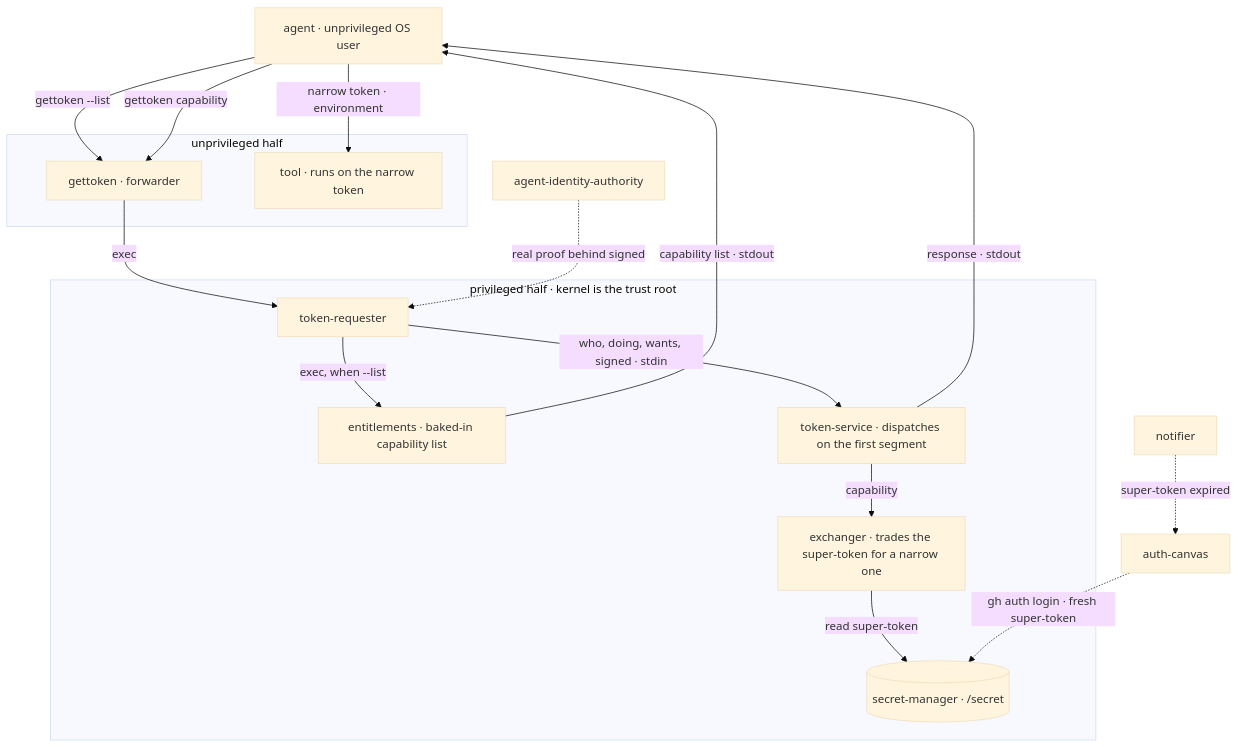
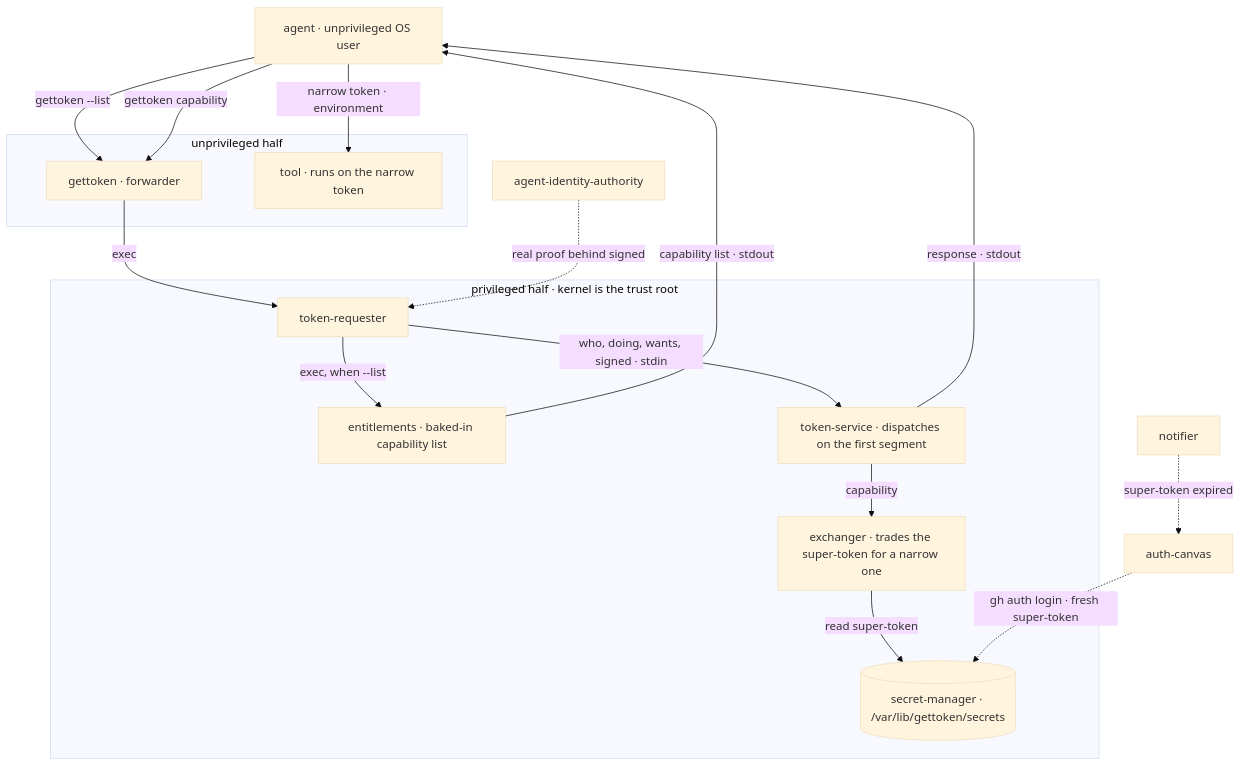
The first of 2 diagrams in README.md (thruput-io/gettoken), drawn with Mermaid (base theme) before and after one commit. The commit also changed other lines of this file and 36 other files, not shown here.

````diff
--- a/README.md
+++ b/README.md
@@ -83,32 +83,32 @@
 ```mermaid
 flowchart TD
   AG["agent · unprivileged OS user"]
 
   subgraph UNPRIV["unprivileged half"]
     GT["gettoken · forwarder"]
     TL["tool · runs on the narrow token"]
   end
 
   subgraph PRIV["privileged half · kernel is the trust root"]
     TR["token-requester"]
     EN["entitlements · baked-in capability list"]
     TS["token-service · dispatches on the first segment"]
     EX["exchanger · trades the super-token for a narrow one"]
-    SM[("secret-manager · /secret")]
+    SM[("secret-manager · /var/lib/gettoken/secrets")]
   end
 
   AG -->|"gettoken --list"| GT
   AG -->|"gettoken capability"| GT
   GT -->|"exec"| TR
   TR -->|"exec, when --list"| EN
   TR -->|"who, doing, wants, signed · stdin"| TS
   TS -->|"capability"| EX
   EX -->|"read super-token"| SM
   EN -->|"capability list · stdout"| AG
   TS -->|"response · stdout"| AG
   AG -->|"narrow token · environment"| TL
 
   NF["notifier"] -.->|"super-token expired"| AC["auth-canvas"]
   AC -.->|"gh auth login · fresh super-token"| SM
   AIA["agent-identity-authority"] -.->|"real proof behind signed"| TR
 ```
````
